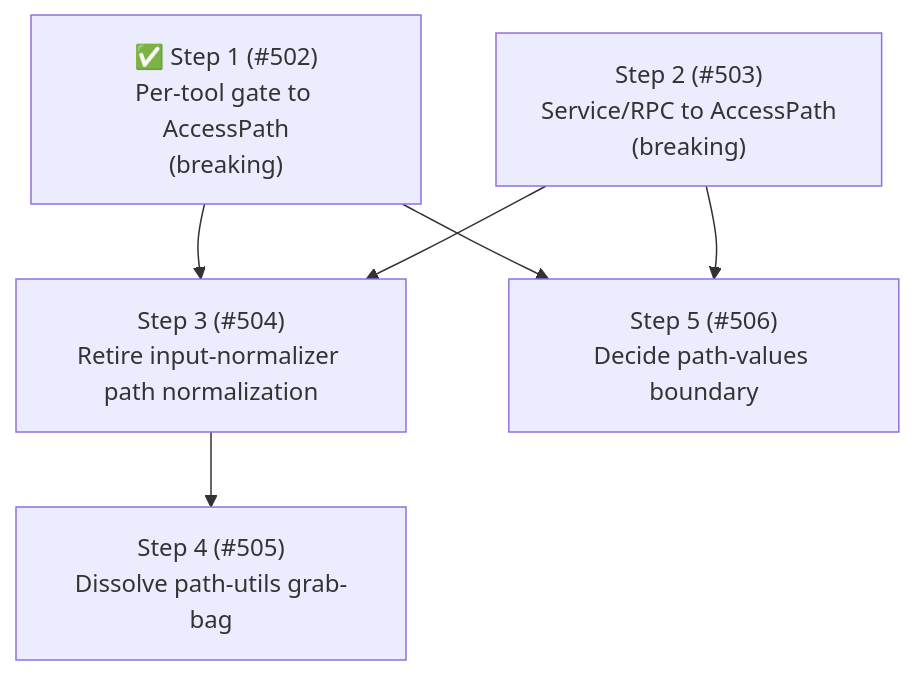
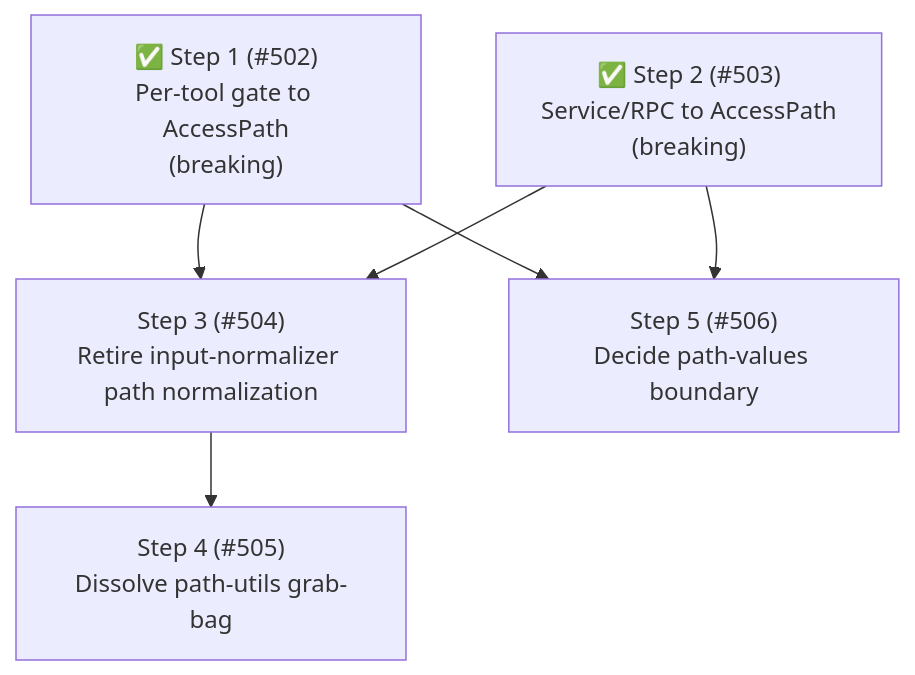
One commit to whaoa/forked-gotgenes-pi-packages changed the fourth of 4 diagrams in packages/pi-permission-system/docs/architecture/architecture.md. Above: the diagram before and after it, drawn with Mermaid. The commit also changed other lines of this file and 3 other files, not shown here.

First line of the commit message:
docs(pi-permission-system): document canonical service/RPC path matching

````diff
--- a/packages/pi-permission-system/docs/architecture/architecture.md
+++ b/packages/pi-permission-system/docs/architecture/architecture.md
@@ -831,14 +833,14 @@
 ```mermaid
 flowchart TD
     S1["✅ Step 1 (#502)<br/>Per-tool gate to AccessPath<br/>(breaking)"]
-    S2["Step 2 (#503)<br/>Service/RPC to AccessPath<br/>(breaking)"]
+    S2["✅ Step 2 (#503)<br/>Service/RPC to AccessPath<br/>(breaking)"]
     S3["Step 3 (#504)<br/>Retire input-normalizer path normalization"]
     S4["Step 4 (#505)<br/>Dissolve path-utils grab-bag"]
     S5["Step 5 (#506)<br/>Decide path-values boundary"]
 
     S1 --> S3
     S2 --> S3
     S3 --> S4
     S1 --> S5
     S2 --> S5
 ```
````
